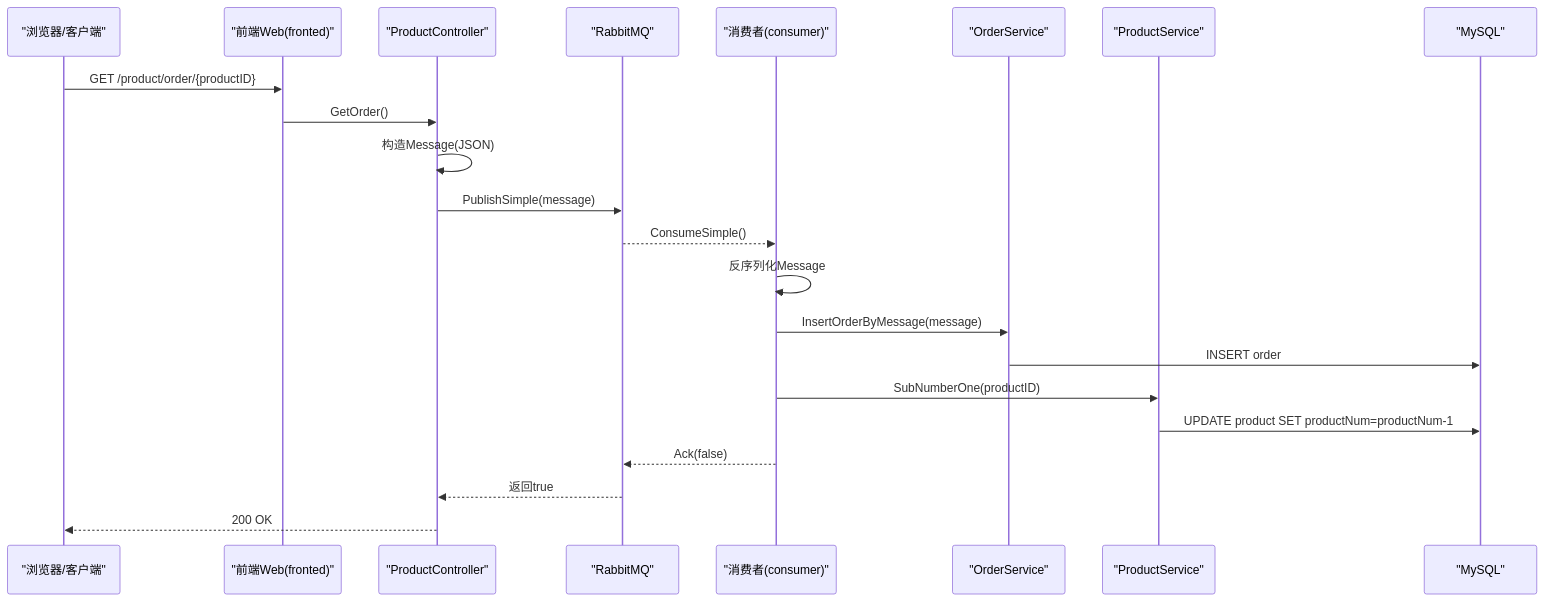
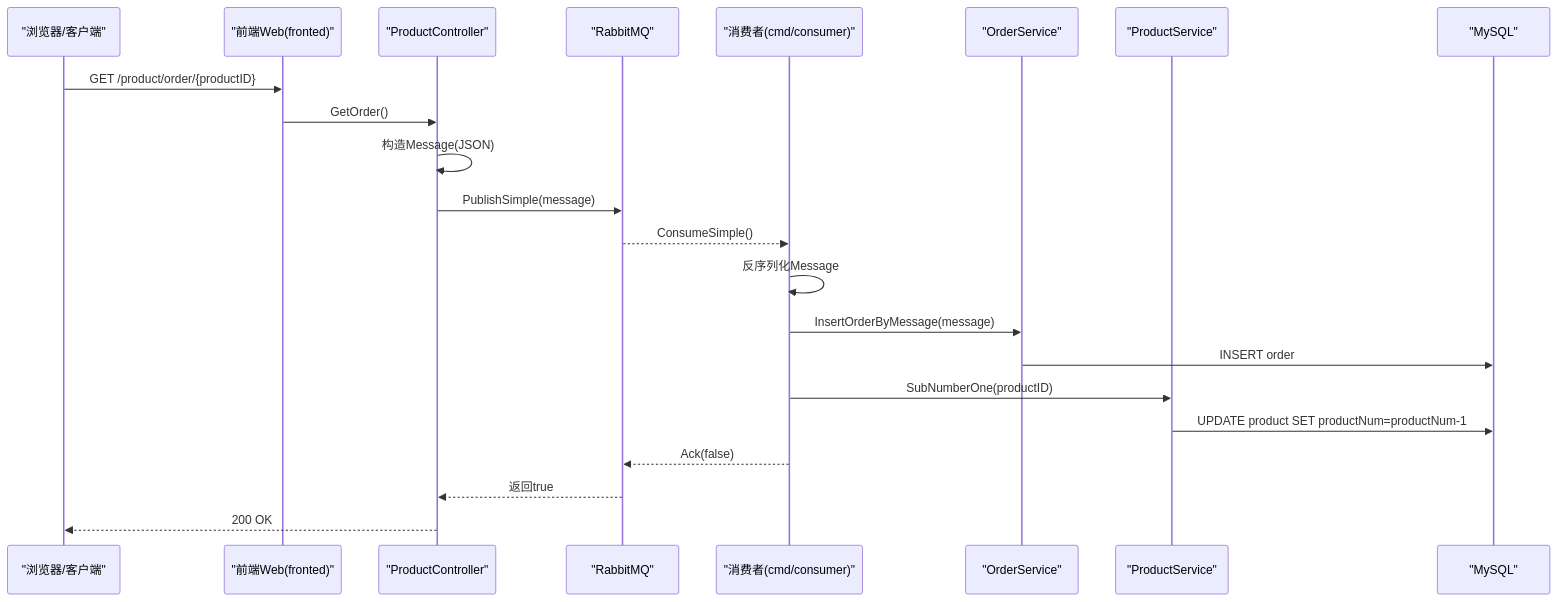
One commit to gbtdesign/e-commerce-t changed the second of 6 diagrams in .qoder/repowiki/zh/content/核心业务模块/消息处理模块.md. Above: the diagram before and after it, drawn with Mermaid. The commit also changed other lines of this file and 53 other files, not shown here.

````diff
--- a/.qoder/repowiki/zh/content/核心业务模块/消息处理模块.md
+++ b/.qoder/repowiki/zh/content/核心业务模块/消息处理模块.md
@@ -107,24 +114,24 @@
 ```mermaid
 sequenceDiagram
 participant Client as "浏览器/客户端"
 participant FE as "前端Web(fronted)"
 participant Ctrl as "ProductController"
 participant MQ as "RabbitMQ"
-participant Cons as "消费者(consumer)"
+participant Cons as "消费者(cmd/consumer)"
 participant SOrder as "OrderService"
 participant SProd as "ProductService"
 participant DB as "MySQL"
 Client->>FE : GET /product/order/{productID}
 FE->>Ctrl : GetOrder()
 Ctrl->>Ctrl : 构造Message(JSON)
 Ctrl->>MQ : PublishSimple(message)
 MQ-->>Cons : ConsumeSimple()
 Cons->>Cons : 反序列化Message
 Cons->>SOrder : InsertOrderByMessage(message)
 SOrder->>DB : INSERT order
 Cons->>SProd : SubNumberOne(productID)
 SProd->>DB : UPDATE product SET productNum=productNum-1
 Cons-->>MQ : Ack(false)
 MQ-->>Ctrl : 返回true
 Ctrl-->>Client : 200 OK
 ```
````
